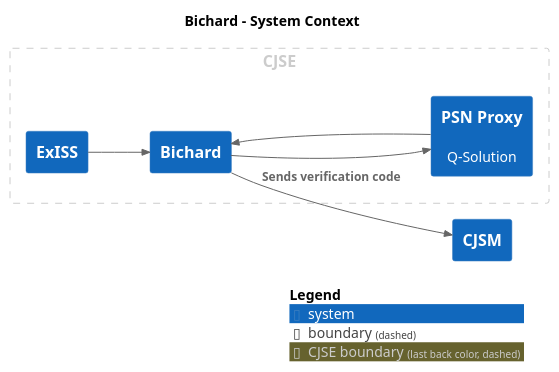
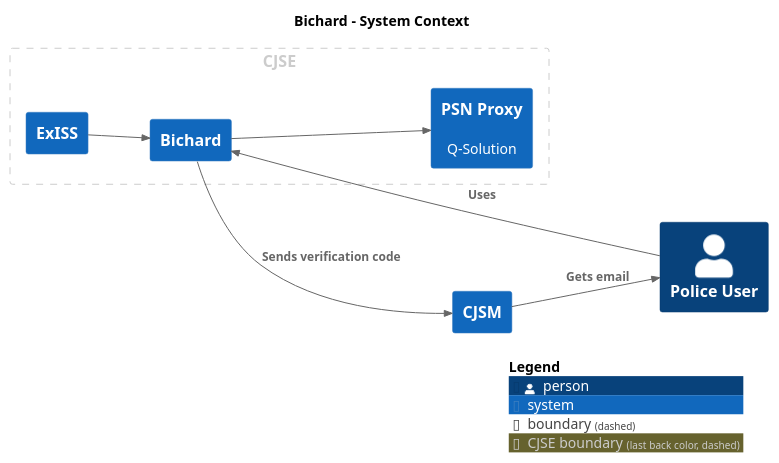
Before and after one commit to ministryofjustice/bichard7-next-core: the diagram in main/puml/BichardSystemContext.puml, drawn with PlantUML. The commit also changed 71 other files, not shown here.

```diff
--- a/main/puml/BichardSystemContext.puml
+++ b/main/puml/BichardSystemContext.puml
@@ -1,25 +1,27 @@
 @startuml
 set separator none
 title Bichard - System Context
 
 left to right direction
 
 !include <C4/C4>
 !include <C4/C4_Context>
 
 AddBoundaryTag("CJSE", $borderColor="#cccccc", $fontColor="#cccccc", $borderStyle="dashed")
 Boundary(group_1, "CJSE", $tags="CJSE") {
   System(Bichard, "Bichard", $descr="", $tags="", $link="")
   System(PSNProxy, "PSN Proxy", $descr="Q-Solution", $tags="", $link="")
   System(ExISS, "ExISS", $descr="", $tags="", $link="")
 }
 
+Person(PoliceUser, "Police User", $descr="", $tags="", $link="")
 System(CJSM, "CJSM", $descr="", $tags="", $link="")
 
+Rel(PoliceUser, Bichard, "Uses", $techn="", $tags="", $link="")
+Rel(CJSM, PoliceUser, "Gets email", $techn="", $tags="", $link="")
 Rel(Bichard, PSNProxy, "", $techn="", $tags="", $link="")
-Rel(PSNProxy, Bichard, "", $techn="", $tags="", $link="")
 Rel(Bichard, CJSM, "Sends verification code", $techn="", $tags="", $link="")
 Rel(ExISS, Bichard, "", $techn="", $tags="", $link="")
 
 SHOW_LEGEND(true)
 @enduml
```
